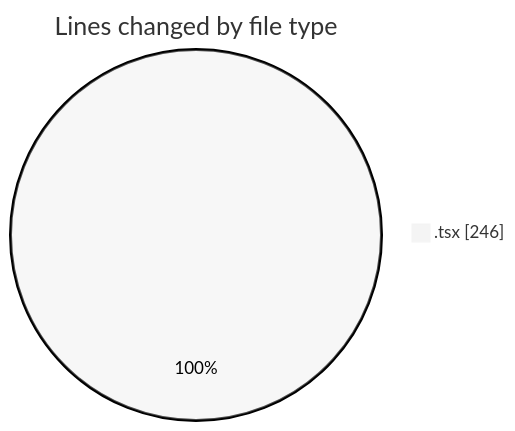
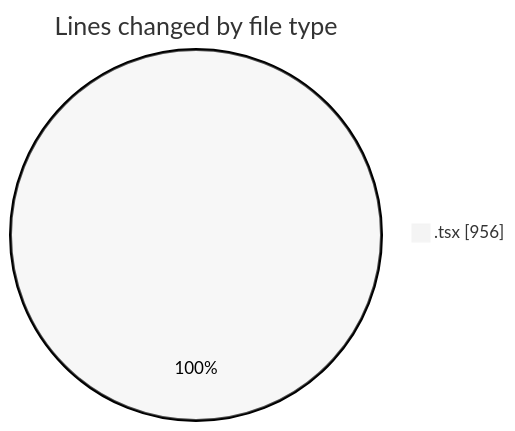
The first of 2 diagrams in 2025-02-03/mbc-web/README.md (robertbonfada/code-tracking), drawn with Mermaid (neutral theme) before and after one commit. The commit also changed other lines of this file and 1 other file, not shown here.

````diff
--- a/2025-02-03/mbc-web/README.md
+++ b/2025-02-03/mbc-web/README.md
@@ -20,5 +21,5 @@
 ```mermaid
 pie showData
 title Lines changed by file type
-".tsx" : 246
+".tsx" : 956
 ```
````
